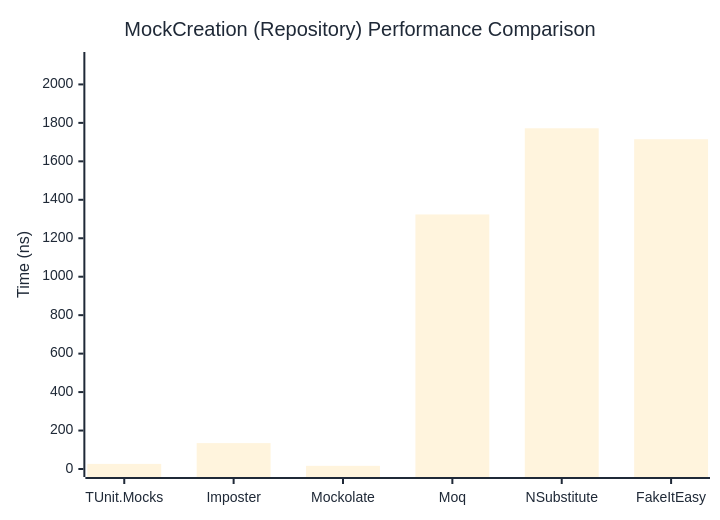
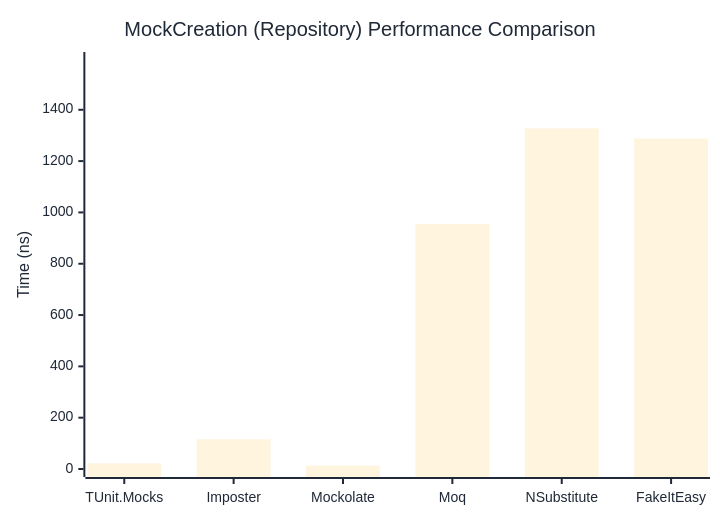
The second of 2 diagrams in docs/docs/benchmarks/mocks/MockCreation.md (thomhurst/TUnit), drawn with Mermaid before and after one commit. The commit also changed other lines of this file and 14 other files, not shown here.

````diff
--- a/docs/docs/benchmarks/mocks/MockCreation.md
+++ b/docs/docs/benchmarks/mocks/MockCreation.md
@@ -71,27 +71,27 @@
 ```mermaid
 %%{init: {
   'theme':'base',
   'themeVariables': {
     'primaryColor': '#2563eb',
     'primaryTextColor': '#1f2937',
     'primaryBorderColor': '#1e40af',
     'lineColor': '#6b7280',
     'secondaryColor': '#7c3aed',
     'tertiaryColor': '#dc2626',
     'background': '#ffffff',
     'pie1': '#2563eb',
     'pie2': '#7c3aed',
     'pie3': '#dc2626',
     'pie4': '#f59e0b',
     'pie5': '#10b981',
     'pie6': '#06b6d4',
     'pie7': '#ec4899',
     'pie8': '#6366f1'
   }
 }}%%
 xychart-beta
   title "MockCreation (Repository) Performance Comparison"
   x-axis ["TUnit.Mocks", "Imposter", "Mockolate", "Moq", "NSubstitute", "FakeItEasy"]
-  y-axis "Time (ns)" 0 --> 2127
-  bar [26.49, 134.63, 16.45, 1323.73, 1771.98, 1714.98]
+  y-axis "Time (ns)" 0 --> 1594
+  bar [21.88, 115.55, 13.11, 954.74, 1327.79, 1287.94]
 ```
````
